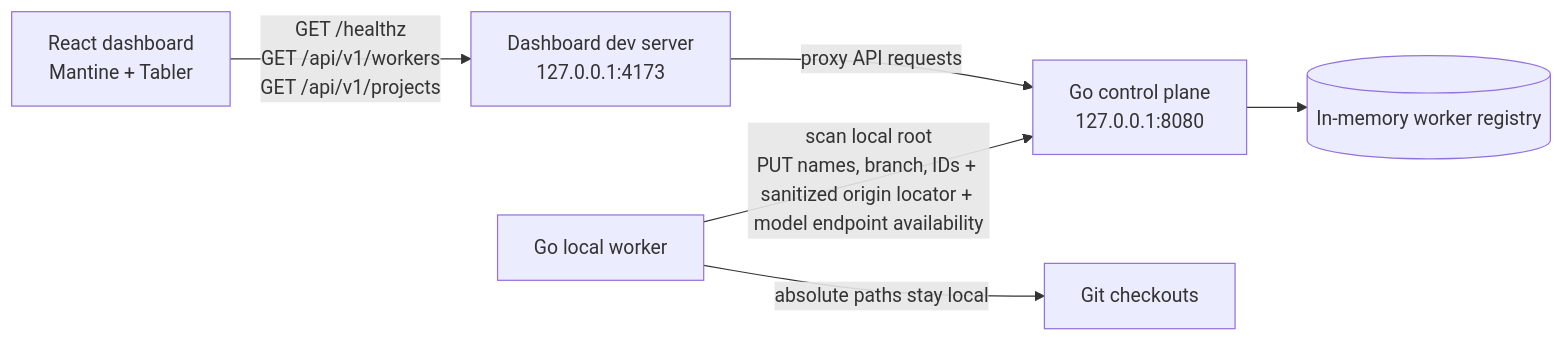
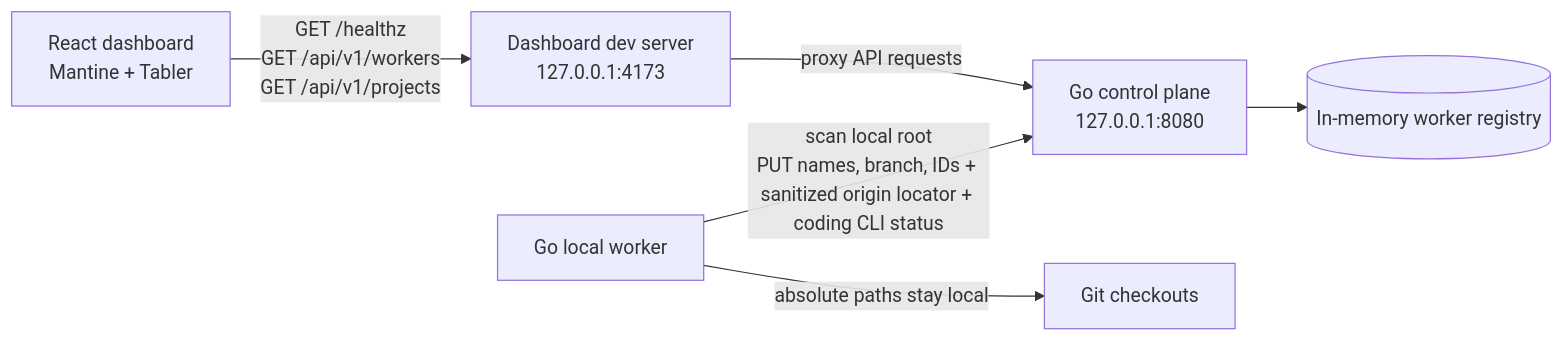
The first of 2 diagrams in docs/features/local-worker-presence.md (bogdaniel/zenchron-engineering-os), drawn with Mermaid before and after one commit. The commit also changed other lines of this file and 16 other files, not shown here.

````diff
--- a/docs/features/local-worker-presence.md
+++ b/docs/features/local-worker-presence.md
@@ -13,8 +13,8 @@
 ```mermaid
 flowchart LR
     Browser[React dashboard<br/>Mantine + Tabler] -->|GET /healthz<br/>GET /api/v1/workers<br/>GET /api/v1/projects| UI[Dashboard dev server<br/>127.0.0.1:4173]
     UI -->|proxy API requests| API[Go control plane<br/>127.0.0.1:8080]
-    Worker[Go local worker] -->|scan local root<br/>PUT names, branch, IDs + sanitized origin locator + model endpoint availability| API
+    Worker[Go local worker] -->|scan local root<br/>PUT names, branch, IDs + sanitized origin locator + coding CLI status| API
     Worker -->|absolute paths stay local| LocalRepos[Git checkouts]
     API --> Registry[(In-memory worker registry)]
 ```
````
